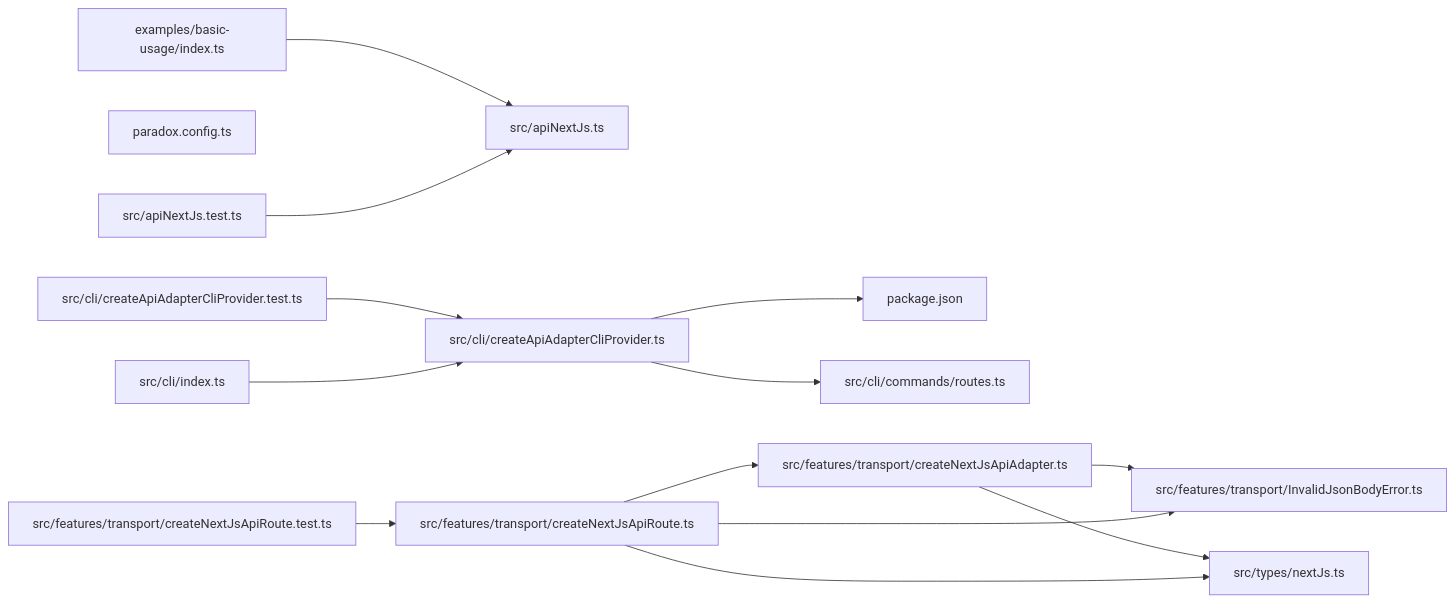
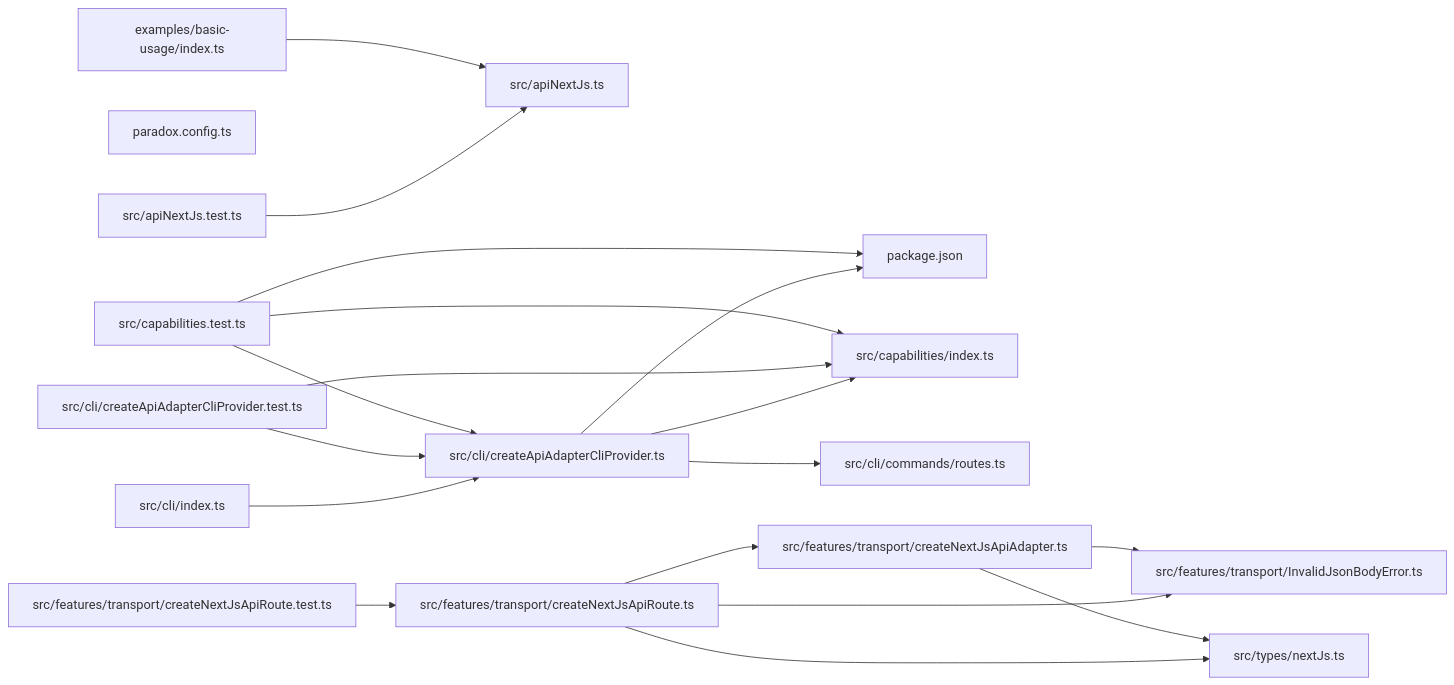
Before and after one commit to ankhorage/api-nextjs: the diagram in paradox/diagrams/module-relationships.mmd, drawn with Mermaid. The commit also changed 9 other files, not shown here.

```diff
--- a/paradox/diagrams/module-relationships.mmd
+++ b/paradox/diagrams/module-relationships.mmd
@@ -1,27 +1,34 @@
 graph LR
   module_examples_basic_usage_index_ts["examples/basic-usage/index.ts"]
   module_package_json["package.json"]
   module_paradox_config_ts["paradox.config.ts"]
   module_src_apiNextJs_test_ts["src/apiNextJs.test.ts"]
   module_src_apiNextJs_ts["src/apiNextJs.ts"]
+  module_src_capabilities_test_ts["src/capabilities.test.ts"]
+  module_src_capabilities_index_ts["src/capabilities/index.ts"]
   module_src_cli_commands_routes_ts["src/cli/commands/routes.ts"]
   module_src_cli_createApiAdapterCliProvider_test_ts["src/cli/createApiAdapterCliProvider.test.ts"]
   module_src_cli_createApiAdapterCliProvider_ts["src/cli/createApiAdapterCliProvider.ts"]
   module_src_cli_index_ts["src/cli/index.ts"]
   module_src_features_transport_createNextJsApiAdapter_ts["src/features/transport/createNextJsApiAdapter.ts"]
   module_src_features_transport_createNextJsApiRoute_test_ts["src/features/transport/createNextJsApiRoute.test.ts"]
   module_src_features_transport_createNextJsApiRoute_ts["src/features/transport/createNextJsApiRoute.ts"]
   module_src_features_transport_InvalidJsonBodyError_ts["src/features/transport/InvalidJsonBodyError.ts"]
   module_src_types_nextJs_ts["src/types/nextJs.ts"]
   module_examples_basic_usage_index_ts --> module_src_apiNextJs_ts
   module_src_apiNextJs_test_ts --> module_src_apiNextJs_ts
+  module_src_capabilities_test_ts --> module_package_json
+  module_src_capabilities_test_ts --> module_src_capabilities_index_ts
+  module_src_capabilities_test_ts --> module_src_cli_createApiAdapterCliProvider_ts
+  module_src_cli_createApiAdapterCliProvider_test_ts --> module_src_capabilities_index_ts
   module_src_cli_createApiAdapterCliProvider_test_ts --> module_src_cli_createApiAdapterCliProvider_ts
   module_src_cli_createApiAdapterCliProvider_ts --> module_package_json
+  module_src_cli_createApiAdapterCliProvider_ts --> module_src_capabilities_index_ts
   module_src_cli_createApiAdapterCliProvider_ts --> module_src_cli_commands_routes_ts
   module_src_cli_index_ts --> module_src_cli_createApiAdapterCliProvider_ts
   module_src_features_transport_createNextJsApiAdapter_ts --> module_src_features_transport_InvalidJsonBodyError_ts
   module_src_features_transport_createNextJsApiAdapter_ts --> module_src_types_nextJs_ts
   module_src_features_transport_createNextJsApiRoute_test_ts --> module_src_features_transport_createNextJsApiRoute_ts
   module_src_features_transport_createNextJsApiRoute_ts --> module_src_features_transport_createNextJsApiAdapter_ts
   module_src_features_transport_createNextJsApiRoute_ts --> module_src_features_transport_InvalidJsonBodyError_ts
   module_src_features_transport_createNextJsApiRoute_ts --> module_src_types_nextJs_ts
```
